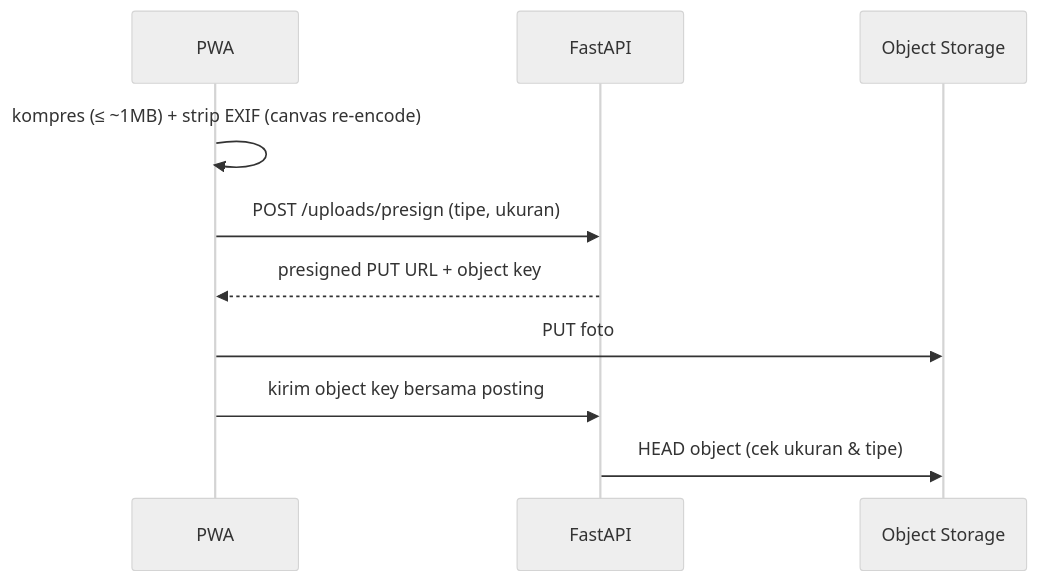
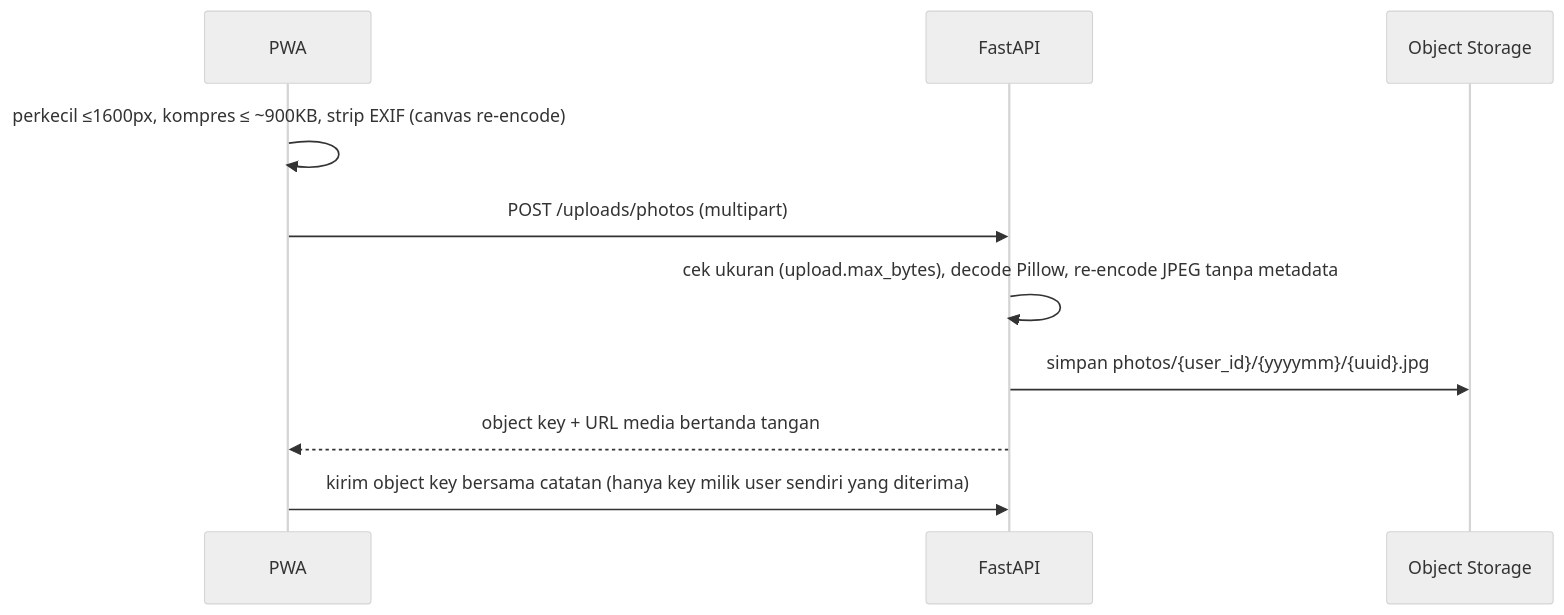
The fourth of 4 diagrams in docs/ARCHITECTURE.md (keithblue9/ReadQuest), drawn with Mermaid (neutral theme) before and after one commit. The commit also changed other lines of this file and 68 other files, not shown here.

````diff
--- a/docs/ARCHITECTURE.md
+++ b/docs/ARCHITECTURE.md
@@ -120,12 +132,12 @@
 ```mermaid
 sequenceDiagram
     participant U as PWA
     participant A as FastAPI
     participant S as Object Storage
-    U->>U: kompres (≤ ~1MB) + strip EXIF (canvas re-encode)
-    U->>A: POST /uploads/presign (tipe, ukuran)
-    A-->>U: presigned PUT URL + object key
-    U->>S: PUT foto
-    U->>A: kirim object key bersama posting
-    A->>S: HEAD object (cek ukuran & tipe)
+    U->>U: perkecil ≤1600px, kompres ≤ ~900KB, strip EXIF (canvas re-encode)
+    U->>A: POST /uploads/photos (multipart)
+    A->>A: cek ukuran (upload.max_bytes), decode Pillow, re-encode JPEG tanpa metadata
+    A->>S: simpan photos/{user_id}/{yyyymm}/{uuid}.jpg
+    A-->>U: object key + URL media bertanda tangan
+    U->>A: kirim object key bersama catatan (hanya key milik user sendiri yang diterima)
 ```
````
